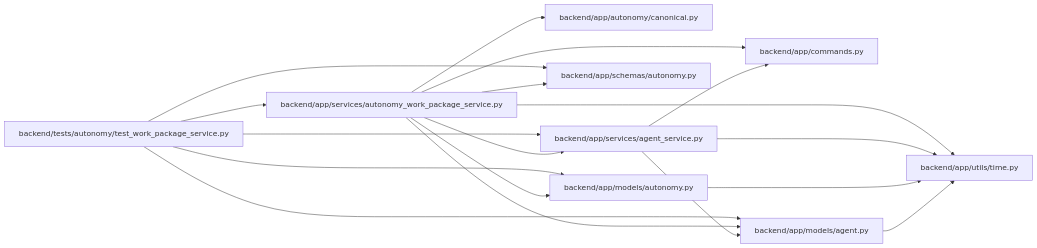
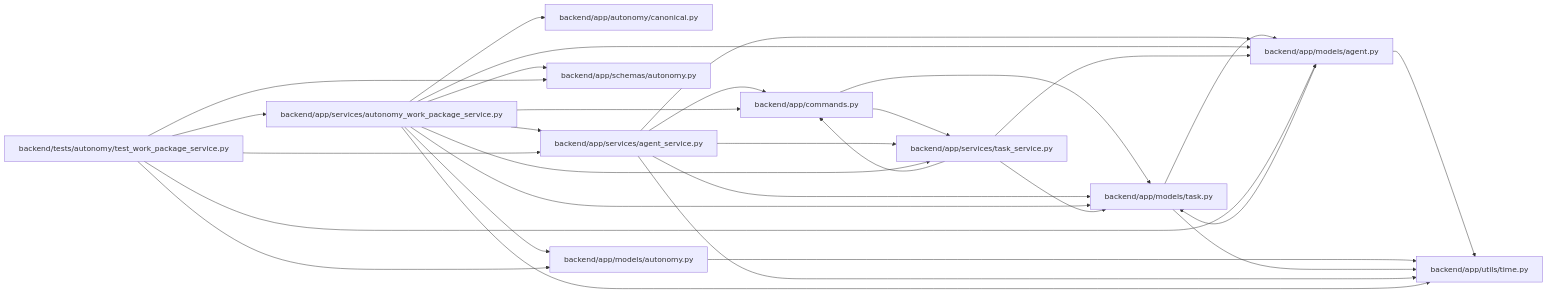
The diagram in docs/llm_wiki/modules/autonomy_work_package_service.md (Denissvgn/WorkChord), drawn with Mermaid before and after one commit. The commit also changed other lines of this file and 25171 other files, not shown here.

````diff
--- a/docs/llm_wiki/modules/autonomy_work_package_service.md
+++ b/docs/llm_wiki/modules/autonomy_work_package_service.md
@@ -32,38 +34,54 @@
 ```mermaid
 flowchart LR
     n0["backend/app/autonomy/canonical.py"]
     n1["backend/app/commands.py"]
     n2["backend/app/models/agent.py"]
     n3["backend/app/models/autonomy.py"]
-    n4["backend/app/schemas/autonomy.py"]
-    n5["backend/app/services/agent_service.py"]
-    n6["backend/app/services/autonomy_work_package_service.py"]
-    n7["backend/app/utils/time.py"]
-    n8["backend/tests/autonomy/test_work_package_service.py"]
-    n2 --> n7
-    n3 --> n7
-    n5 --> n1
-    n5 --> n2
-    n5 --> n7
-    n6 --> n0
+    n4["backend/app/models/task.py"]
+    n5["backend/app/schemas/autonomy.py"]
+    n6["backend/app/services/agent_service.py"]
+    n7["backend/app/services/autonomy_work_package_service.py"]
+    n8["backend/app/services/task_service.py"]
+    n9["backend/app/utils/time.py"]
+    n10["backend/tests/autonomy/test_work_package_service.py"]
+    n1 --> n4
+    n1 --> n8
+    n2 --> n4
+    n2 --> n9
+    n3 --> n9
+    n4 --> n2
+    n4 --> n9
     n6 --> n1
     n6 --> n2
-    n6 --> n3
     n6 --> n4
-    n6 --> n5
-    n6 --> n7
+    n6 --> n8
+    n6 --> n9
+    n7 --> n0
+    n7 --> n1
+    n7 --> n2
+    n7 --> n3
+    n7 --> n4
+    n7 --> n5
+    n7 --> n6
+    n7 --> n8
+    n7 --> n9
+    n8 --> n1
     n8 --> n2
-    n8 --> n3
     n8 --> n4
-    n8 --> n5
-    n8 --> n6
+    n10 --> n2
+    n10 --> n3
+    n10 --> n5
+    n10 --> n6
+    n10 --> n7
     click n0 "../modules/autonomy_canonical.md"
     click n1 "../modules/commands.md"
     click n2 "../modules/models_agent.md"
     click n3 "../modules/models_autonomy.md"
-    click n4 "../modules/schemas_autonomy.md"
-    click n5 "../modules/agent_service.md"
-    click n6 "../modules/autonomy_work_package_service.md"
-    click n7 "../modules/time.md"
-    click n8 "../modules/test_work_package_service.md"
+    click n4 "../modules/models_task.md"
+    click n5 "../modules/schemas_autonomy.md"
+    click n6 "../modules/agent_service.md"
+    click n7 "../modules/autonomy_work_package_service.md"
+    click n8 "../modules/task_service.md"
+    click n9 "../modules/time.md"
+    click n10 "../modules/test_work_package_service.md"
 ```
````
